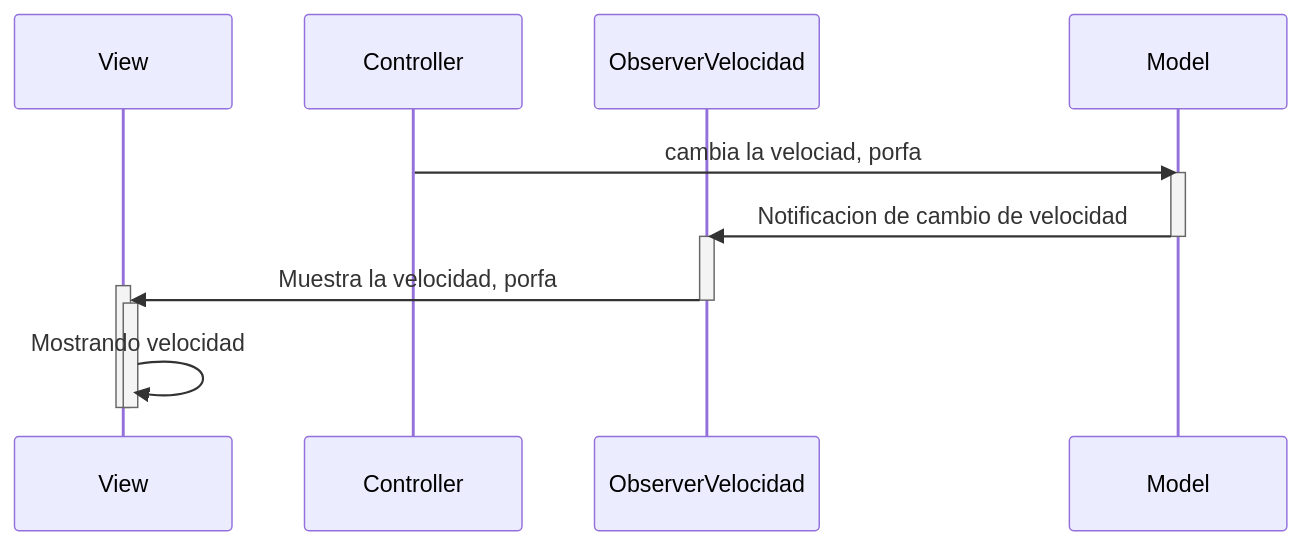
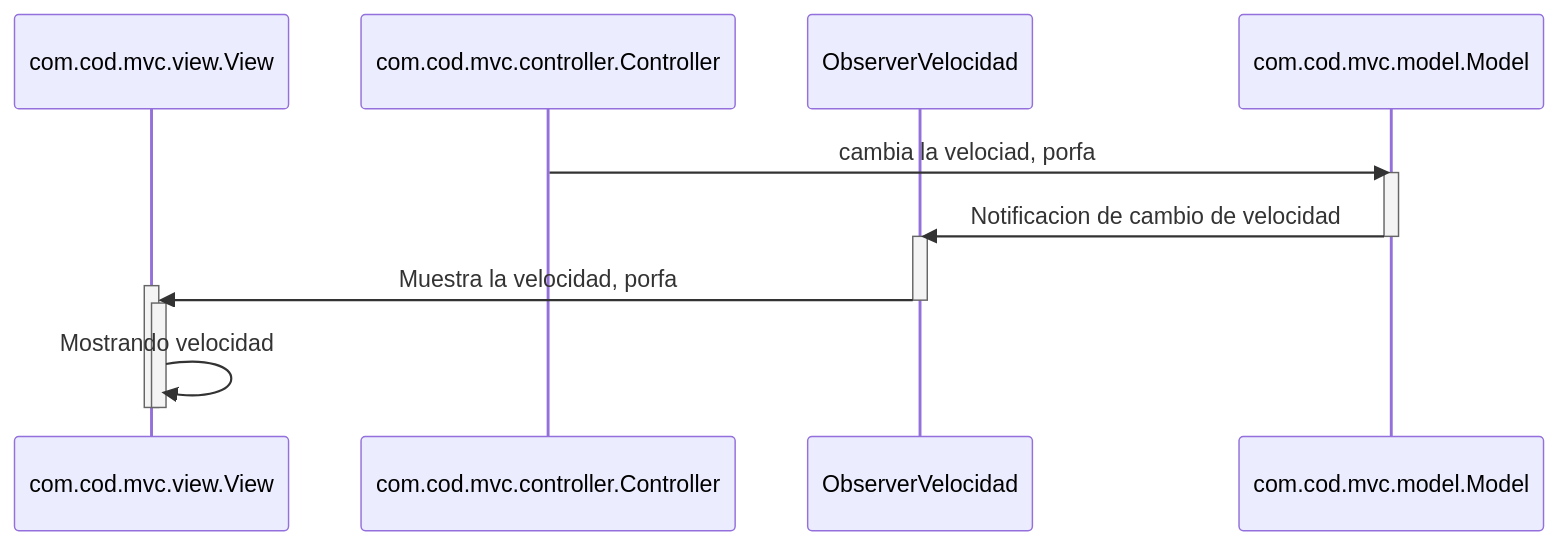
One commit to ilopezbrion/MVC_coches_observer changed the second of 4 diagrams in Readme.md. Above: the diagram before and after it, drawn with Mermaid. The commit also changed other lines of this file and 9 other files, not shown here.

````diff
--- a/Readme.md
+++ b/Readme.md
@@ -56,18 +56,18 @@
 ```mermaid
 sequenceDiagram
-    participant View
-    participant Controller
+    participant com.cod.mvc.view.View
+    participant com.cod.mvc.controller.Controller
     participant ObserverVelocidad
-    participant Model
+    participant com.cod.mvc.model.Model
     
-    Controller->>Model: cambia la velociad, porfa
-    activate Model
-    Model->>ObserverVelocidad: Notificacion de cambio de velocidad
-    deactivate Model
+    com.cod.mvc.controller.Controller->>com.cod.mvc.model.Model: cambia la velociad, porfa
+    activate com.cod.mvc.model.Model
+    com.cod.mvc.model.Model->>ObserverVelocidad: Notificacion de cambio de velocidad
+    deactivate com.cod.mvc.model.Model
     activate ObserverVelocidad
-    ObserverVelocidad->>+View: Muestra la velocidad, porfa
+    ObserverVelocidad->>+com.cod.mvc.view.View: Muestra la velocidad, porfa
     deactivate ObserverVelocidad
-    activate View
-    View->>-View: Mostrando velocidad
-    deactivate View
+    activate com.cod.mvc.view.View
+    com.cod.mvc.view.View->>-com.cod.mvc.view.View: Mostrando velocidad
+    deactivate com.cod.mvc.view.View
 ```
````
